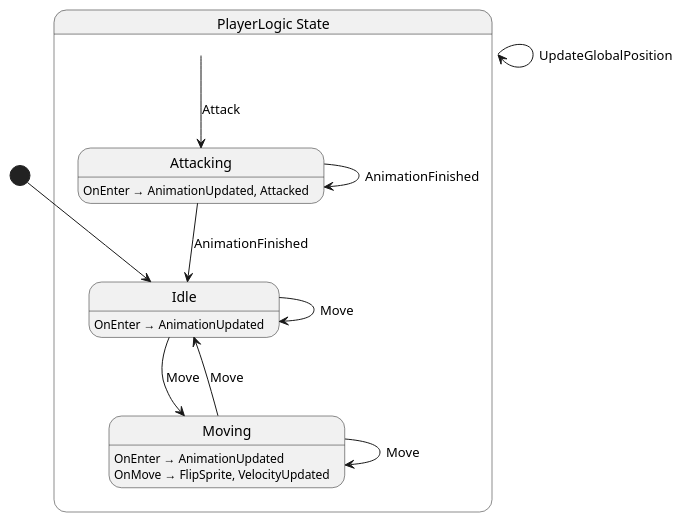
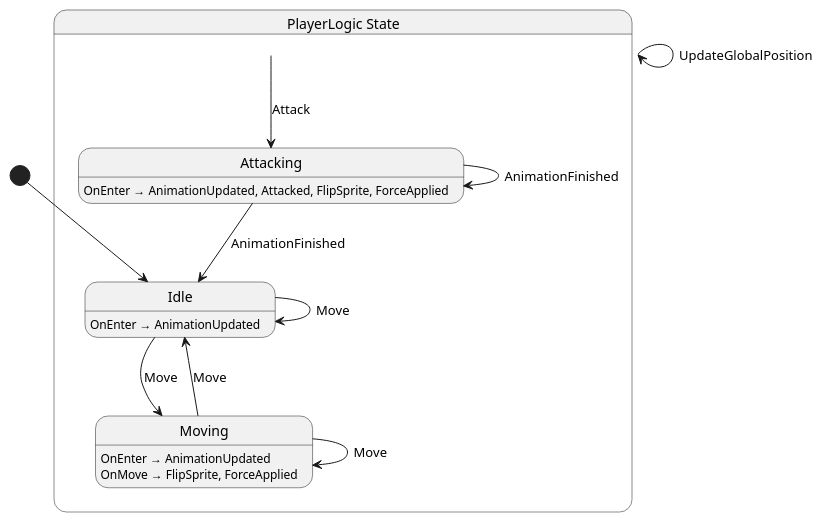
One commit to nilsiker/godot-wild-jam-77 changed the diagram in src/player/state/PlayerLogic.g.puml. Above: the diagram before and after it, drawn with PlantUML. The commit also changed 7 other files, not shown here.

```diff
--- a/src/player/state/PlayerLogic.g.puml
+++ b/src/player/state/PlayerLogic.g.puml
@@ -1,23 +1,23 @@
 @startuml PlayerLogic
 state "PlayerLogic State" as Nevergreen_PlayerLogic_State {
   state "Attacking" as Nevergreen_PlayerLogic_State_Attacking
   state "Idle" as Nevergreen_PlayerLogic_State_Idle
   state "Moving" as Nevergreen_PlayerLogic_State_Moving
 }
 
 Nevergreen_PlayerLogic_State --> Nevergreen_PlayerLogic_State : UpdateGlobalPosition
 Nevergreen_PlayerLogic_State --> Nevergreen_PlayerLogic_State_Attacking : Attack
 Nevergreen_PlayerLogic_State_Attacking --> Nevergreen_PlayerLogic_State_Attacking : AnimationFinished
 Nevergreen_PlayerLogic_State_Attacking --> Nevergreen_PlayerLogic_State_Idle : AnimationFinished
 Nevergreen_PlayerLogic_State_Idle --> Nevergreen_PlayerLogic_State_Idle : Move
 Nevergreen_PlayerLogic_State_Idle --> Nevergreen_PlayerLogic_State_Moving : Move
 Nevergreen_PlayerLogic_State_Moving --> Nevergreen_PlayerLogic_State_Idle : Move
 Nevergreen_PlayerLogic_State_Moving --> Nevergreen_PlayerLogic_State_Moving : Move
 
-Nevergreen_PlayerLogic_State_Attacking : OnEnter → AnimationUpdated, Attacked
+Nevergreen_PlayerLogic_State_Attacking : OnEnter → AnimationUpdated, Attacked, FlipSprite, ForceApplied
 Nevergreen_PlayerLogic_State_Idle : OnEnter → AnimationUpdated
 Nevergreen_PlayerLogic_State_Moving : OnEnter → AnimationUpdated
-Nevergreen_PlayerLogic_State_Moving : OnMove → FlipSprite, VelocityUpdated
+Nevergreen_PlayerLogic_State_Moving : OnMove → FlipSprite, ForceApplied
 
 [*] --> Nevergreen_PlayerLogic_State_Idle
 @enduml
```
